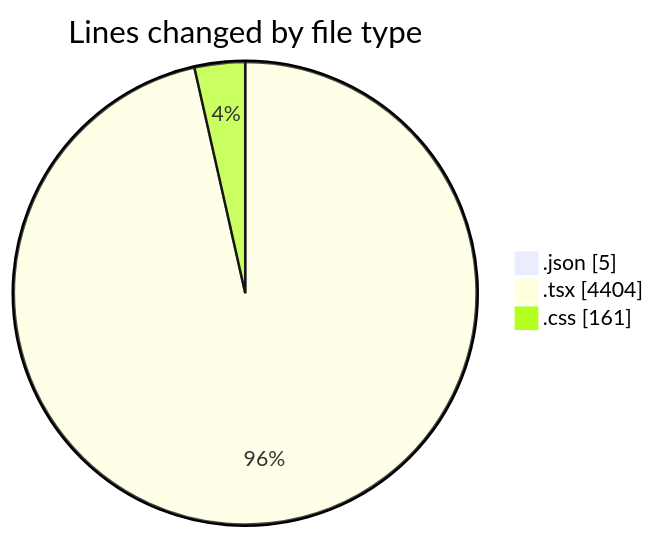
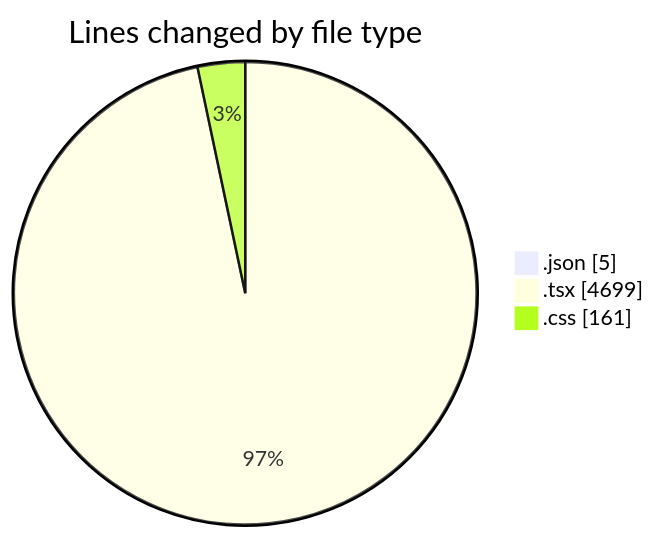
Before and after one commit to Elitesun/code-tracking: the first of 2 diagrams in 2025-05-29/advertise/README.md, drawn with Mermaid. The commit also changed other lines of this file and 1 other file, not shown here.

````diff
--- a/2025-05-29/advertise/README.md
+++ b/2025-05-29/advertise/README.md
@@ -37,7 +38,7 @@
 ```mermaid
 pie showData
 title Lines changed by file type
 ".json" : 5
-".tsx" : 4404
+".tsx" : 4699
 ".css" : 161
 ```
````
